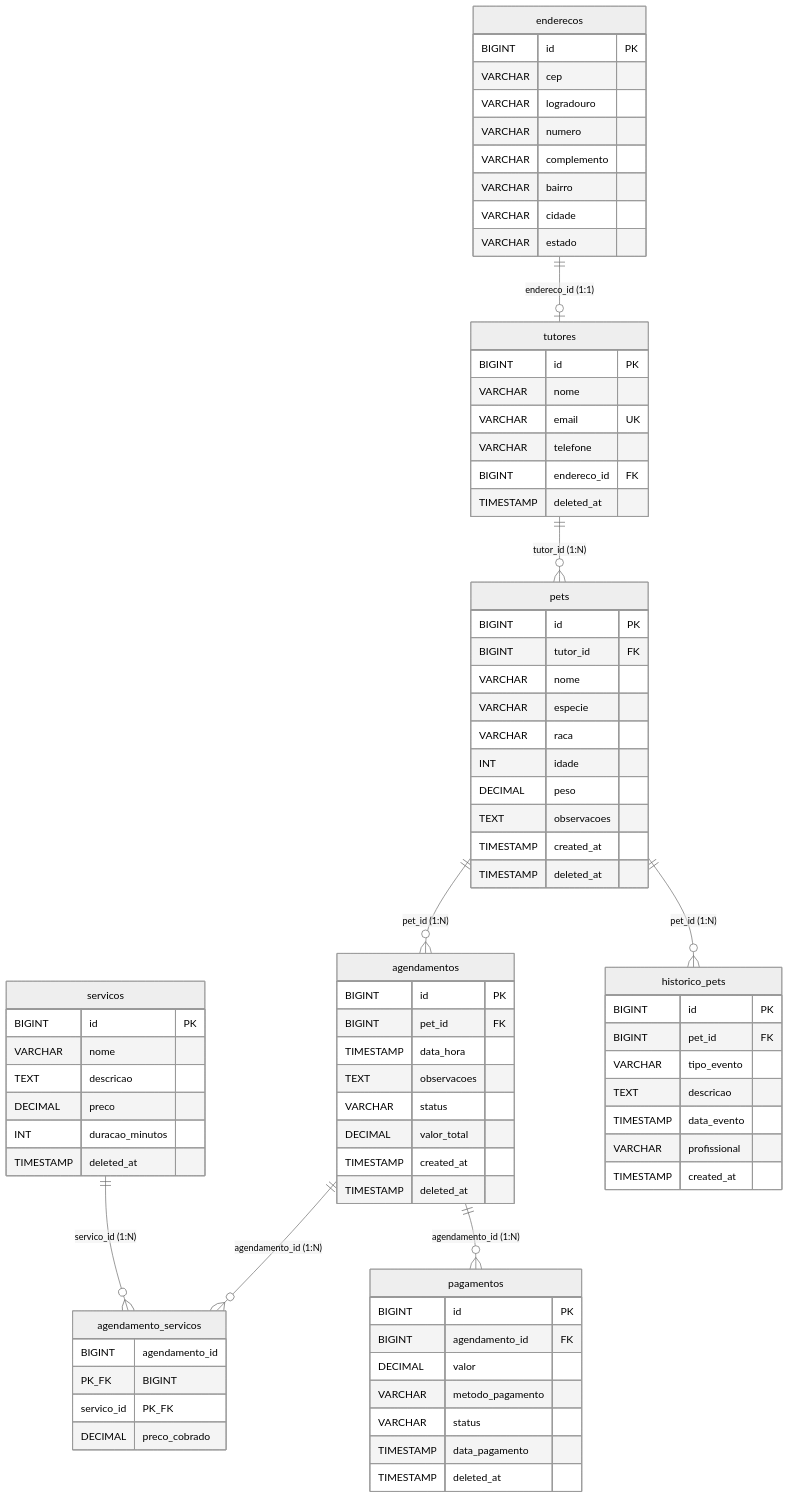
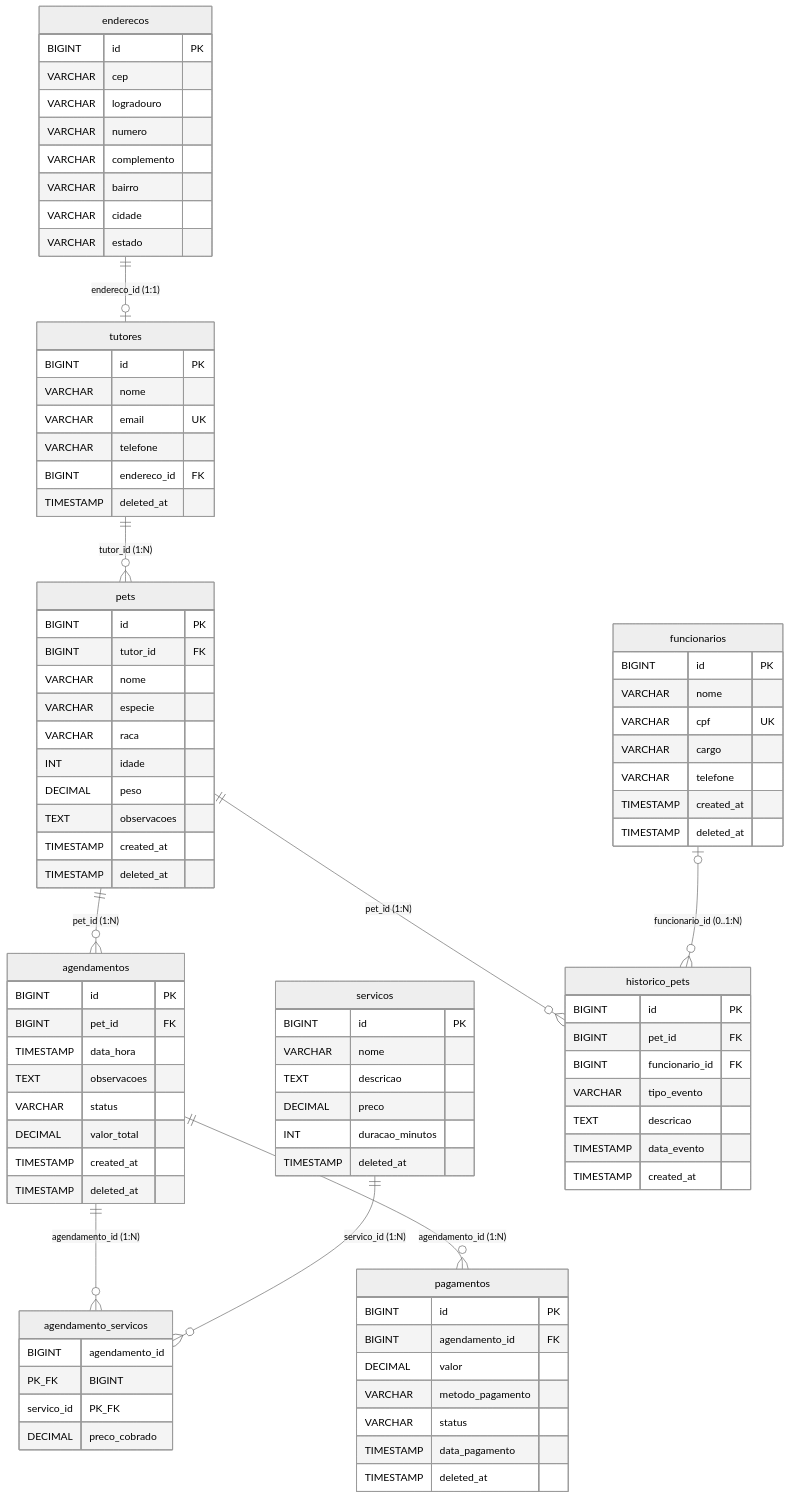
Before and after one commit to IWMVI/PetShop: the diagram in docs/diagrama-entidades.mmd, drawn with Mermaid (neutral theme). The commit also changed 1 other file, not shown here.

Commit message:
docs: incluir funcionários e histórico do pet nos diagramas
- Diagrama de entidades: tabela funcionarios e historico_pets com
  funcionario_id no lugar do texto livre de profissional, com a relação
  opcional entre os dois
- Diagrama de classes: HistoricoPet deixa de ser planejada e passa a ser
  imutável, com os enums TipoEvento e Cargo e a classe Funcionario
  herdando de SoftDeleteEntity

```diff
--- a/docs/diagrama-entidades.mmd
+++ b/docs/diagrama-entidades.mmd
@@ -1,91 +1,102 @@
 %% Diagrama de Entidades do Projeto PetShop
-%% Entidades implementadas: Tutor, Endereco, Pet, Agendamento, AgendamentoServico, Servico
-%% Entidades planejadas (issues abertas): HistoricoPet (#7), Pagamento (#8)
+%% Entidades implementadas: Tutor, Endereco, Pet, Agendamento, AgendamentoServico, Servico, Funcionario, HistoricoPet
+%% Entidades planejadas (issues abertas): Pagamento (#8)
 
 erDiagram
     tutores {
         BIGINT id PK
         VARCHAR nome
         VARCHAR email UK
         VARCHAR telefone
         BIGINT endereco_id FK
         TIMESTAMP deleted_at
     }
 
     enderecos {
         BIGINT id PK
         VARCHAR cep
         VARCHAR logradouro
         VARCHAR numero
         VARCHAR complemento
         VARCHAR bairro
         VARCHAR cidade
         VARCHAR estado
     }
 
     pets {
         BIGINT id PK
         BIGINT tutor_id FK
         VARCHAR nome
         VARCHAR especie
         VARCHAR raca
         INT idade
         DECIMAL peso
         TEXT observacoes
         TIMESTAMP created_at
         TIMESTAMP deleted_at
     }
 
     agendamentos {
         BIGINT id PK
         BIGINT pet_id FK
         TIMESTAMP data_hora
         TEXT observacoes
         VARCHAR status
         DECIMAL valor_total
         TIMESTAMP created_at
         TIMESTAMP deleted_at
     }
 
     servicos {
         BIGINT id PK
         VARCHAR nome
         TEXT descricao
         DECIMAL preco
         INT duracao_minutos
         TIMESTAMP deleted_at
     }
 
     agendamento_servicos {
         BIGINT agendamento_id PK_FK
         BIGINT servico_id PK_FK
         DECIMAL preco_cobrado
     }
 
+    funcionarios {
+        BIGINT id PK
+        VARCHAR nome
+        VARCHAR cpf UK
+        VARCHAR cargo
+        VARCHAR telefone
+        TIMESTAMP created_at
+        TIMESTAMP deleted_at
+    }
+
     historico_pets {
         BIGINT id PK
         BIGINT pet_id FK
+        BIGINT funcionario_id FK
         VARCHAR tipo_evento
         TEXT descricao
         TIMESTAMP data_evento
-        VARCHAR profissional
         TIMESTAMP created_at
     }
 
     pagamentos {
         BIGINT id PK
         BIGINT agendamento_id FK
         DECIMAL valor
         VARCHAR metodo_pagamento
         VARCHAR status
         TIMESTAMP data_pagamento
         TIMESTAMP deleted_at
     }
 
     enderecos ||--o| tutores : "endereco_id (1:1)"
     tutores ||--o{ pets : "tutor_id (1:N)"
     pets ||--o{ agendamentos : "pet_id (1:N)"
     agendamentos ||--o{ agendamento_servicos : "agendamento_id (1:N)"
     servicos ||--o{ agendamento_servicos : "servico_id (1:N)"
     pets ||--o{ historico_pets : "pet_id (1:N)"
+    funcionarios |o--o{ historico_pets : "funcionario_id (0..1:N)"
     agendamentos ||--o{ pagamentos : "agendamento_id (1:N)"
```
